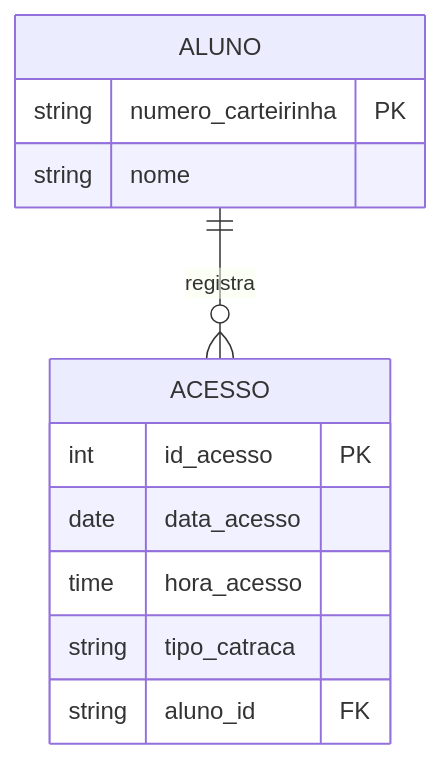
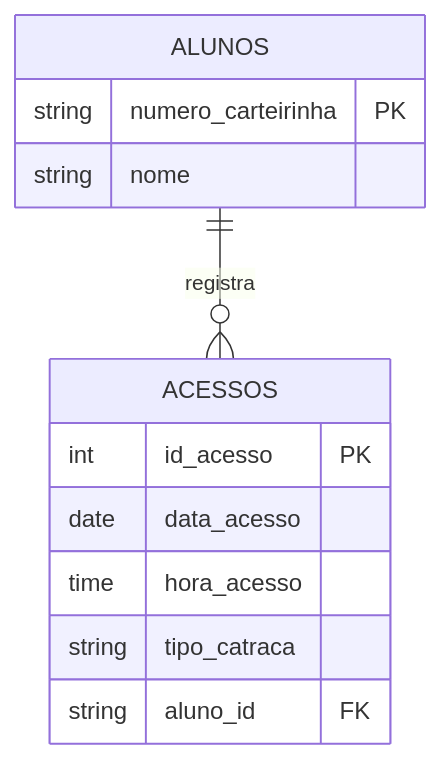
Before and after one commit to GTI-Fatec-Jahu/BDA-GTI-2026-2: the eighth of 8 diagrams in docs/aulas/Aula_03_Gabarito.md, drawn with Mermaid. The commit also changed other lines of this file and 5 other files, not shown here.

````diff
--- a/docs/aulas/Aula_03_Gabarito.md
+++ b/docs/aulas/Aula_03_Gabarito.md
@@ -233,15 +233,15 @@
 ```mermaid
 erDiagram
-    ALUNO {
+    ALUNOS {
         string numero_carteirinha PK
         string nome
     }
-    ACESSO {
+    ACESSOS {
         int id_acesso PK
         date data_acesso
         time hora_acesso
         string tipo_catraca
         string aluno_id FK
     }
-    ALUNO ||--o{ ACESSO : "registra"
+    ALUNOS ||--o{ ACESSOS : "registra"
 ```
````
